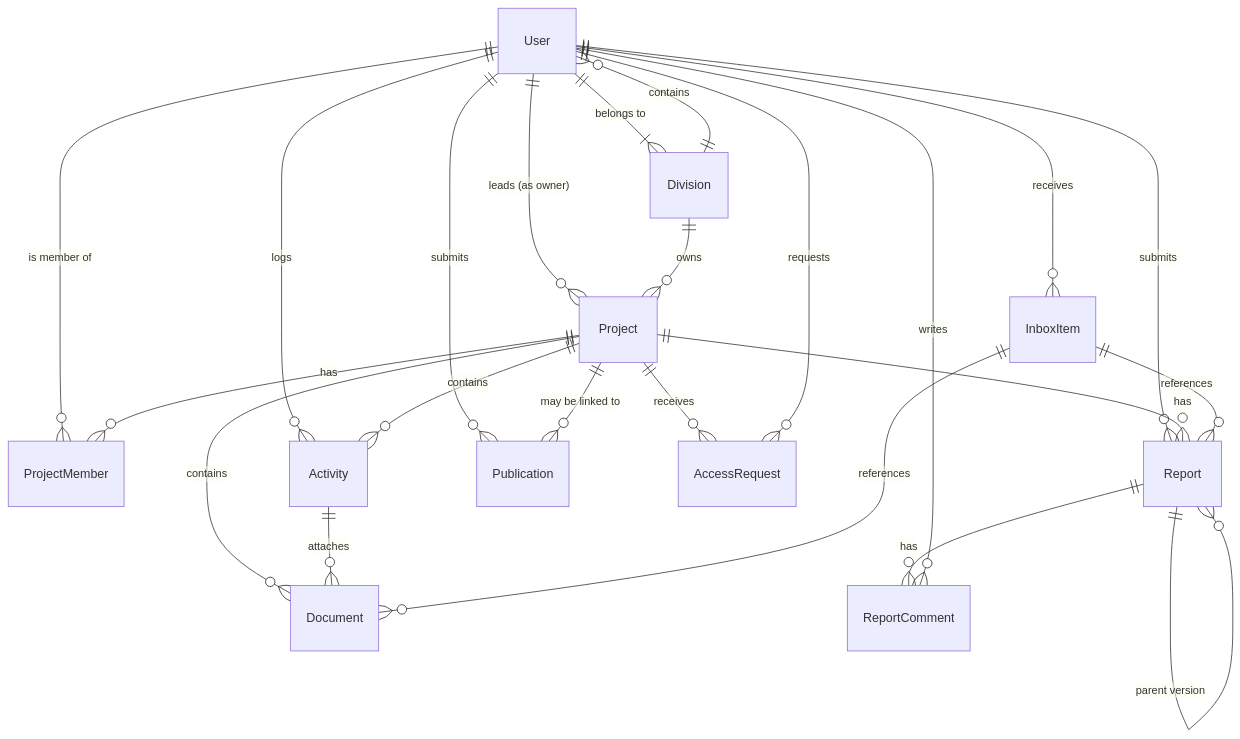
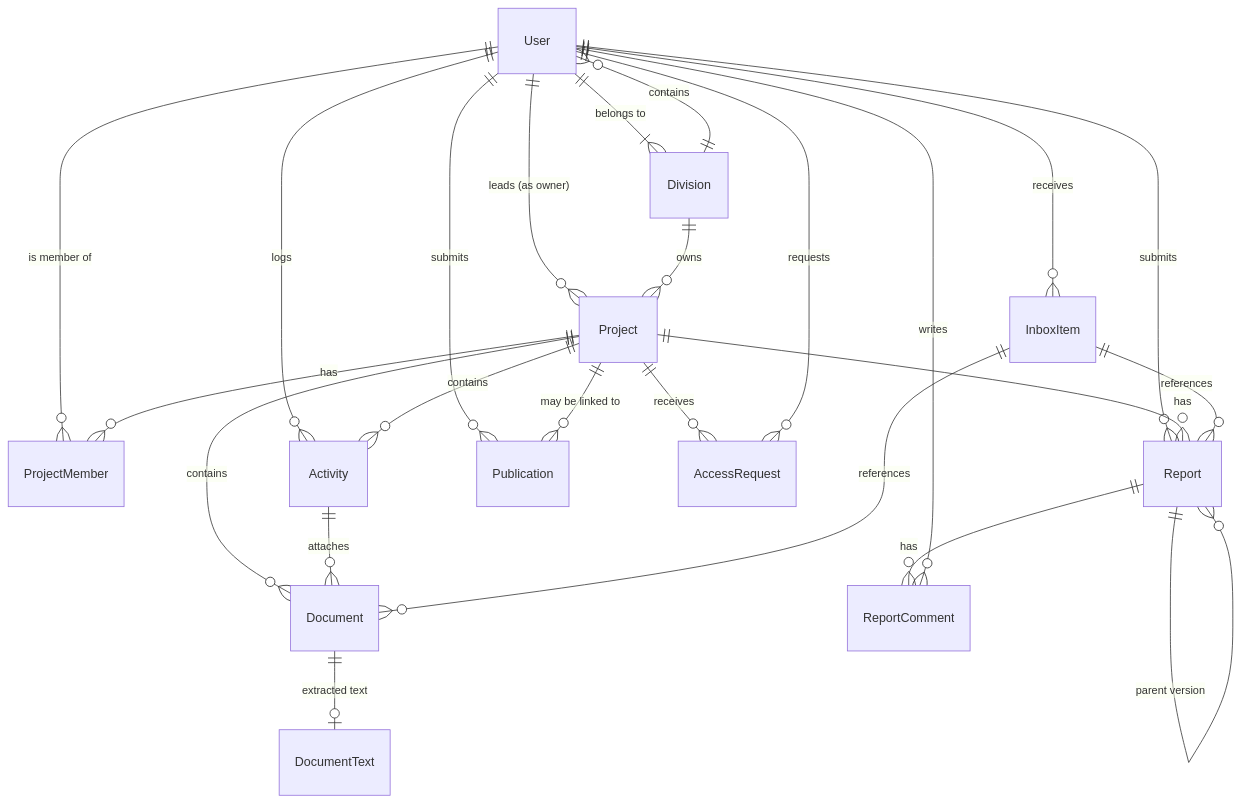
One commit to Optimistic300/fpms changed the diagram in docs/02-data-model.md. Above: the diagram before and after it, drawn with Mermaid. The commit also changed other lines of this file and 56 other files, not shown here.

````diff
--- a/docs/02-data-model.md
+++ b/docs/02-data-model.md
@@ -5,31 +5,33 @@
 ```mermaid
 erDiagram
     User ||--o{ Project : "leads (as owner)"
     User ||--o{ ProjectMember : "is member of"
     User ||--o{ Activity : "logs"
     User ||--o{ Report : "submits"
     User ||--o{ Publication : "submits"
     User ||--o{ InboxItem : "receives"
     User ||--|{ Division : "belongs to"
     
     Division ||--o{ User : "contains"
     Division ||--o{ Project : "owns"
     
     Project ||--o{ ProjectMember : "has"
     Project ||--o{ Activity : "contains"
     Project ||--o{ Report : "has"
     Project ||--o{ Document : "contains"
     Project ||--o{ AccessRequest : "receives"
     Project ||--o{ Publication : "may be linked to"
     
     Activity ||--o{ Document : "attaches"
     
+    Document ||--o| DocumentText : "extracted text"
+    
     Report ||--o{ Report : "parent version"
     Report ||--o{ ReportComment : "has"
     
     InboxItem ||--o{ Document : "references"
     InboxItem ||--o{ Report : "references"
     
     User ||--o{ AccessRequest : "requests"
     User ||--o{ ReportComment : "writes"
 ```
````
